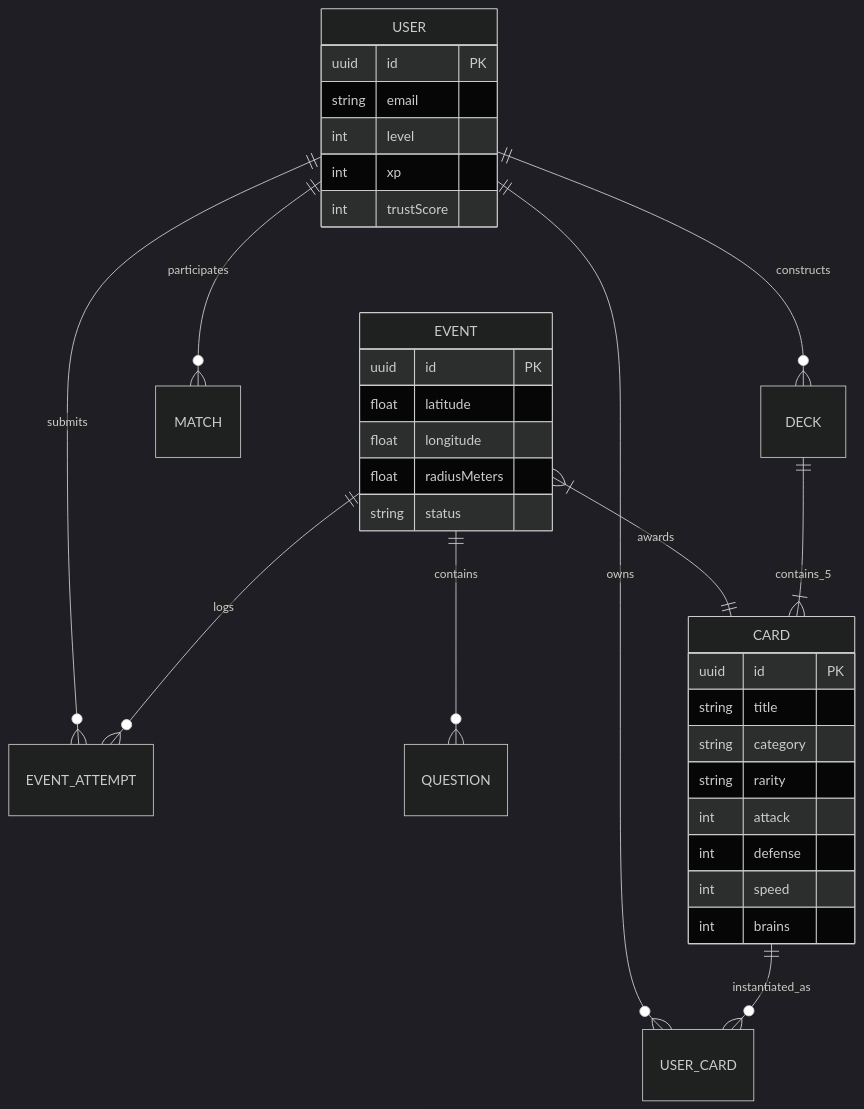
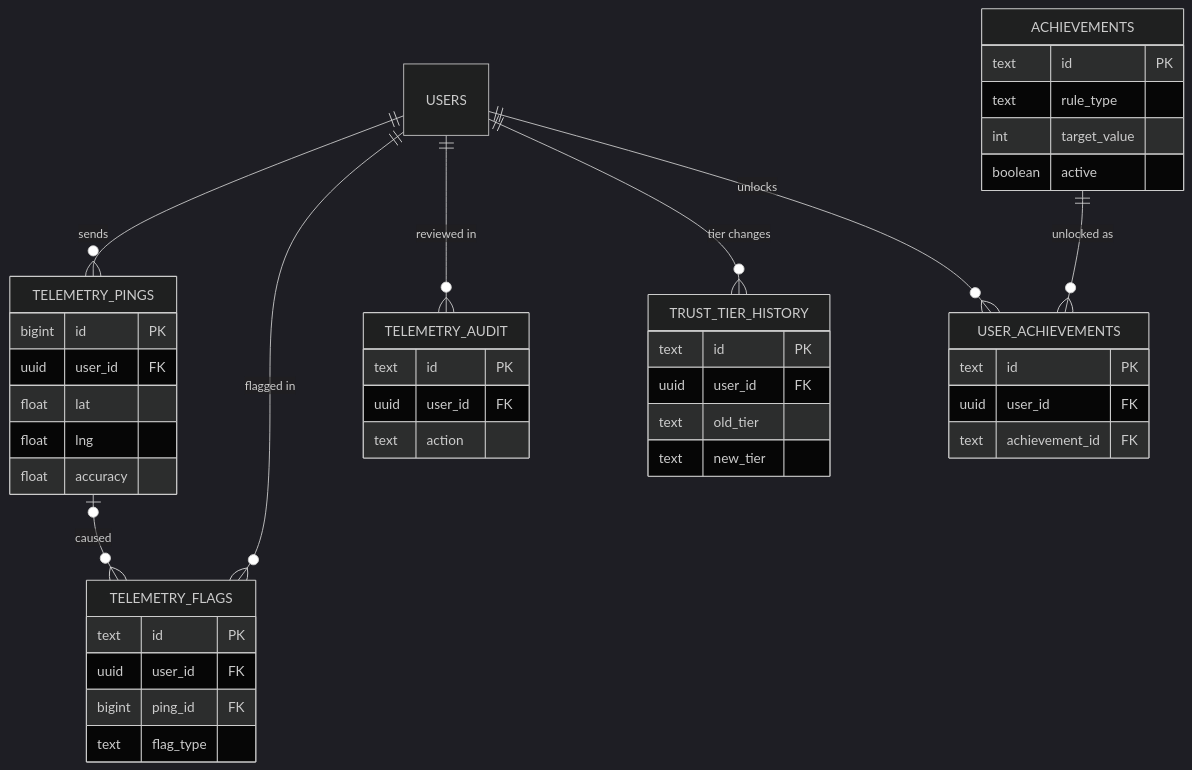
Before and after one commit to NkadimengKgothatso/-wits-quest: the third of 3 diagrams in docs/uml/04_erd_database_schema.md, drawn with Mermaid (dark theme). The commit also changed other lines of this file and 3 other files, not shown here.

Commit message:
Update database docs to match the current schema (27 tables, functions, migrations, security)

````diff
--- a/docs/uml/04_erd_database_schema.md
+++ b/docs/uml/04_erd_database_schema.md
@@ -3,41 +173,46 @@
 ```mermaid
 erDiagram
-    USER ||--o{ USER_CARD : owns
-    USER ||--o{ DECK : constructs
-    USER ||--o{ EVENT_ATTEMPT : submits
-    USER ||--o{ MATCH : participates
+    USERS ||--o{ TELEMETRY_PINGS : sends
+    TELEMETRY_PINGS |o--o{ TELEMETRY_FLAGS : "caused"
+    USERS ||--o{ TELEMETRY_FLAGS : "flagged in"
+    USERS ||--o{ TELEMETRY_AUDIT : "reviewed in"
+    USERS ||--o{ TRUST_TIER_HISTORY : "tier changes"
+    USERS ||--o{ USER_ACHIEVEMENTS : unlocks
+    ACHIEVEMENTS ||--o{ USER_ACHIEVEMENTS : "unlocked as"
 
-    EVENT ||--o{ QUESTION : contains
-    EVENT ||--o{ EVENT_ATTEMPT : logs
-    EVENT }|--|| CARD : awards
-
-    CARD ||--o{ USER_CARD : instantiated_as
-    DECK ||--|{ CARD : contains_5
-
-    USER {
-        uuid id PK
-        string email
-        int level
-        int xp
-        int trustScore
+    TELEMETRY_PINGS {
+        bigint id PK
+        uuid user_id FK
+        float lat
+        float lng
+        float accuracy
     }
-
-    EVENT {
-        uuid id PK
-        float latitude
-        float longitude
-        float radiusMeters
-        string status
+    TELEMETRY_FLAGS {
+        text id PK
+        uuid user_id FK
+        bigint ping_id FK
+        text flag_type
     }
-
-    CARD {
-        uuid id PK
-        string title
-        string category
-        string rarity
-        int attack
-        int defense
-        int speed
-        int brains
+    TELEMETRY_AUDIT {
+        text id PK
+        uuid user_id FK
+        text action
+    }
+    TRUST_TIER_HISTORY {
+        text id PK
+        uuid user_id FK
+        text old_tier
+        text new_tier
+    }
+    ACHIEVEMENTS {
+        text id PK
+        text rule_type
+        int target_value
+        boolean active
+    }
+    USER_ACHIEVEMENTS {
+        text id PK
+        uuid user_id FK
+        text achievement_id FK
     }
 ```
````
